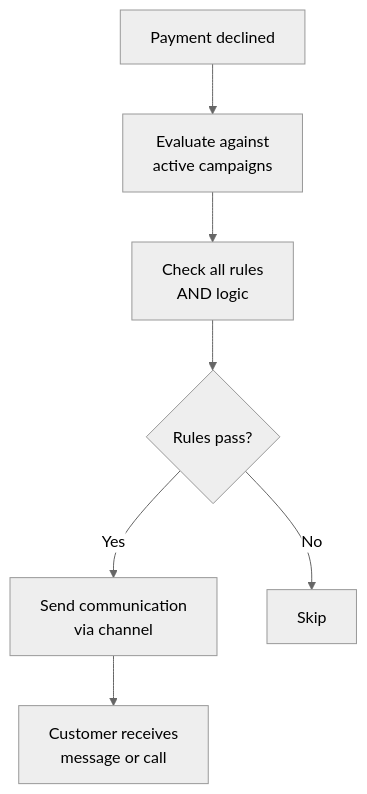
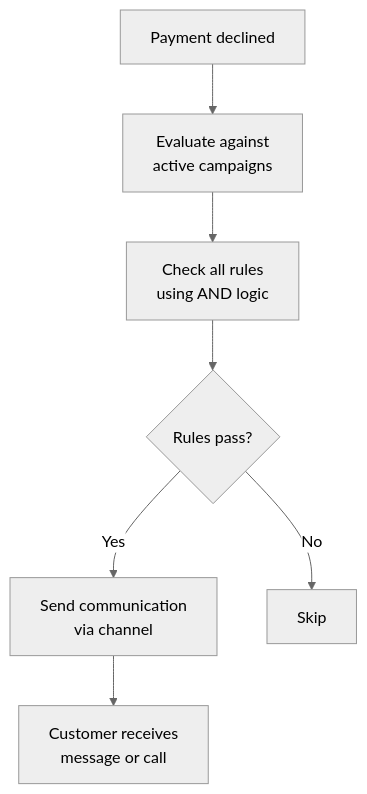
One commit to yuno-payments/yuno-docs changed the diagram in reference/Yuno API Reference/communications-campaigns/index.md. Above: the diagram before and after it, drawn with Mermaid (neutral theme). The commit also changed other lines of this file, not shown here.

Commit message:
Update reference `communications-campaigns`

````diff
--- a/reference/Yuno API Reference/communications-campaigns/index.md
+++ b/reference/Yuno API Reference/communications-campaigns/index.md
@@ -36,9 +34,9 @@
 ```mermaid
 flowchart TD
     1[Payment declined] --> 2[Evaluate against<br/>active campaigns]
-    2 --> 3[Check all rules<br/>AND logic]
+    2 --> 3[Check all rules<br/>using AND logic]
     3 --> 4{Rules pass?}
     4 -->|Yes| 5[Send communication<br/>via channel]
     4 -->|No| 6[Skip]
     5 --> 7[Customer receives<br/>message or call]
 ```
````
